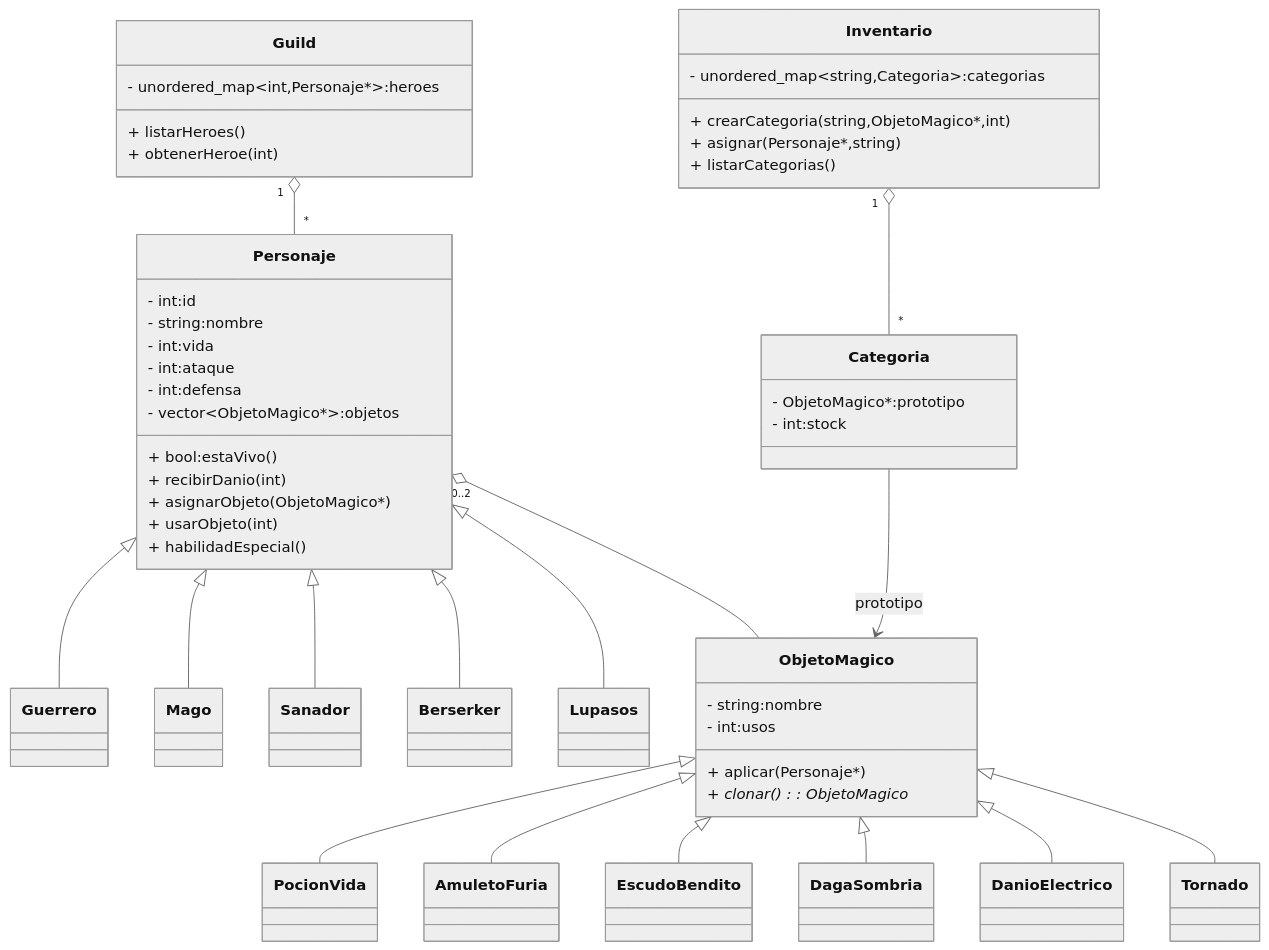
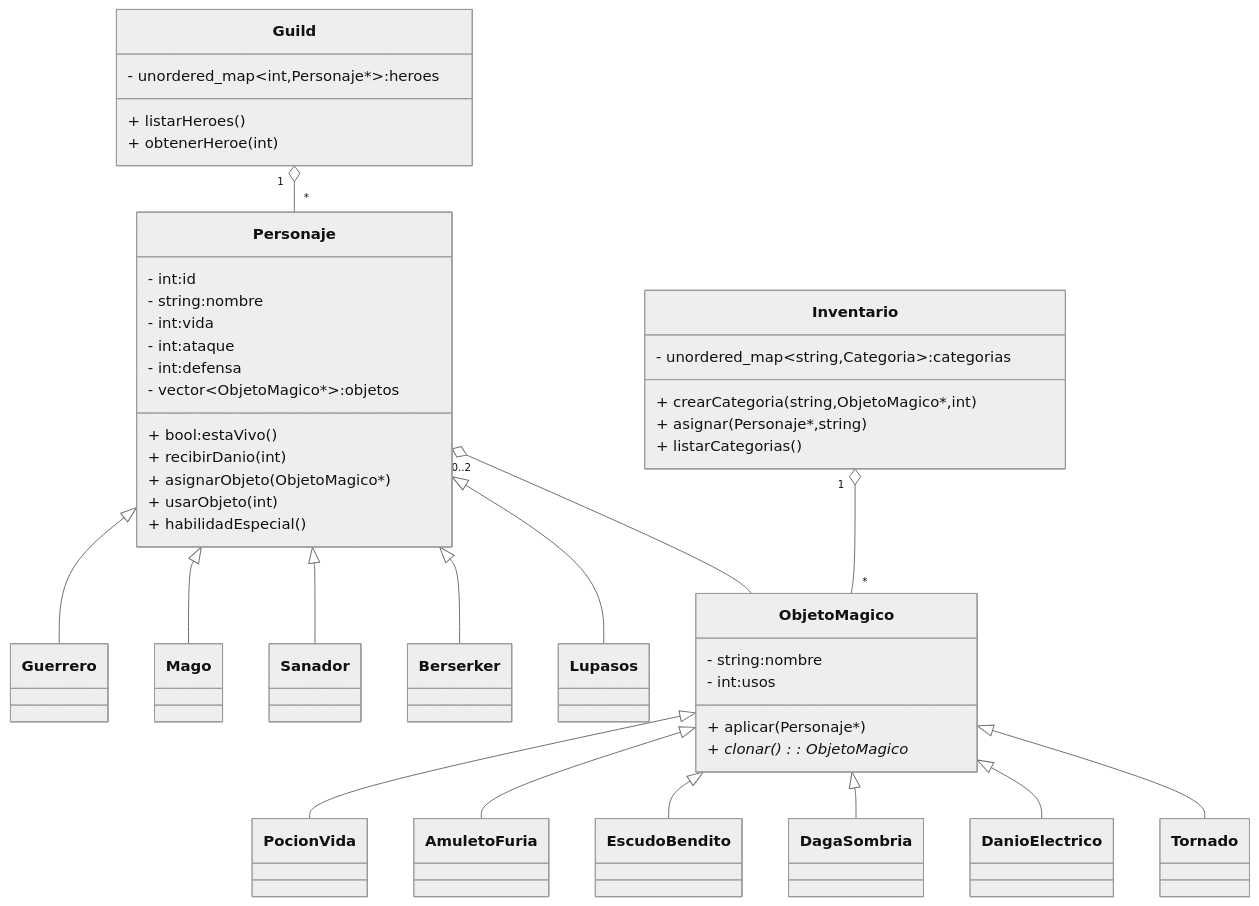
The second of 3 diagrams in README.md (300CIS017-Object-Oriented-Programming/proyectofinal20252-el-gran-torneo-de-la-arena-proyecto_manuelr_lupim), drawn with Mermaid (neutral theme) before and after one commit. The commit also changed other lines of this file and 3 other files, not shown here.

````diff
--- a/README.md
+++ b/README.md
@@ -225,62 +225,57 @@
 ```mermaid
 classDiagram
 %% ========= UML 2: Version Ajustada (Heroes + Objetos) =========
 
     class Personaje {
         - int:id
         - string:nombre
         - int:vida
         - int:ataque
         - int:defensa
         - vector~ObjetoMagico*~:objetos
         + bool:estaVivo()
         + recibirDanio(int)
         + asignarObjeto(ObjetoMagico*)
         + usarObjeto(int)
         + habilidadEspecial()
     }
 
     Personaje <|-- Guerrero
     Personaje <|-- Mago
     Personaje <|-- Sanador
     Personaje <|-- Berserker
     Personaje <|-- Lupasos
 
     class ObjetoMagico {
         - string:nombre
         - int:usos
         + aplicar(Personaje*)
         + clonar(): ObjetoMagico*
     }
 
     ObjetoMagico <|-- PocionVida
     ObjetoMagico <|-- AmuletoFuria
     ObjetoMagico <|-- EscudoBendito
     ObjetoMagico <|-- DagaSombria
     ObjetoMagico <|-- DanioElectrico
     ObjetoMagico <|-- Tornado
 
-    class Categoria {
-        - ObjetoMagico*:prototipo
-        - int:stock
-    }
 
     class Inventario {
         - unordered_map~string,Categoria~:categorias
         + crearCategoria(string,ObjetoMagico*,int)
         + asignar(Personaje*,string)
         + listarCategorias()
     }
 
     class Guild {
         - unordered_map~int,Personaje*~:heroes
         + listarHeroes()
         + obtenerHeroe(int)
     }
 
 Guild "1" o-- "*" Personaje
-Categoria --> ObjetoMagico : prototipo
-Inventario "1" o-- "*" Categoria
+Inventario "1" o-- "*" ObjetoMagico
 Personaje "0..2" o-- ObjetoMagico
 
 ```
````
